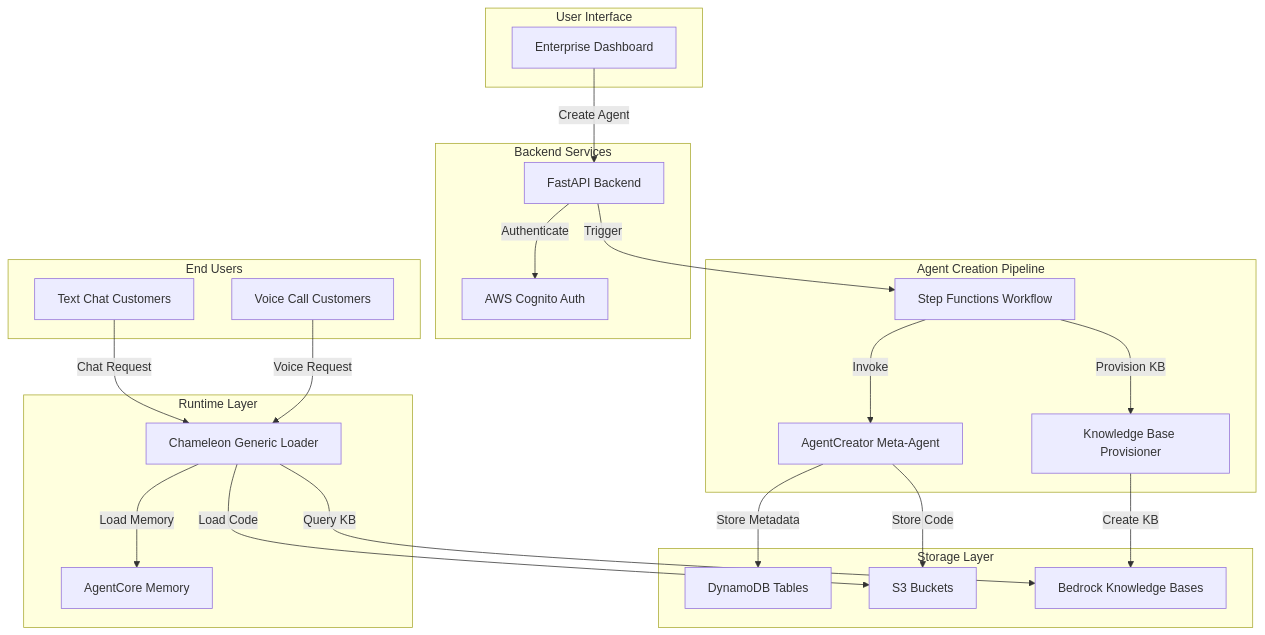
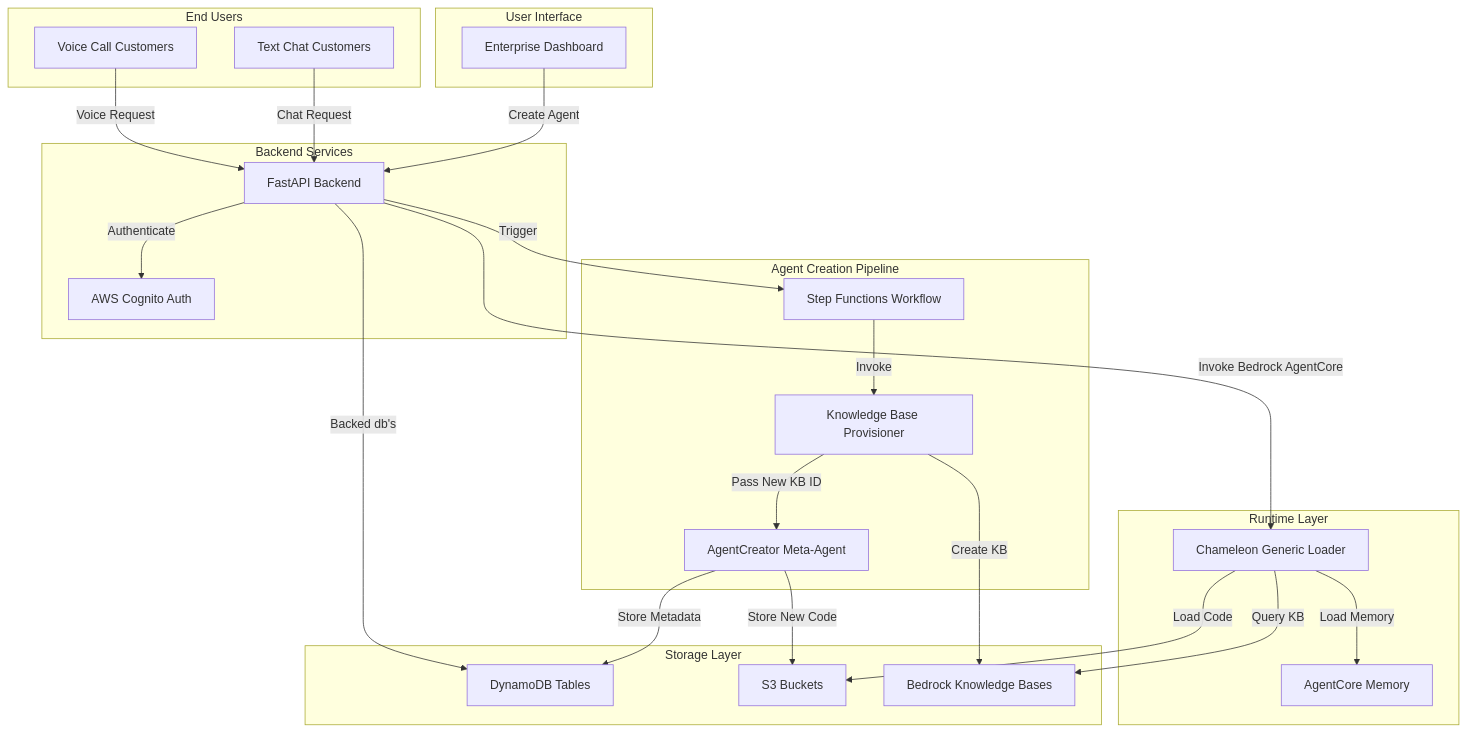
One commit to chandra447/Oratio changed the first of 8 diagrams in README.md. Above: the diagram before and after it, drawn with Mermaid.

Commit message:
fix(docs): correct agent creation pipeline flow and improve clarity in README

````diff
--- a/README.md
+++ b/README.md
@@ -52,48 +52,50 @@
 ```mermaid
 graph TB
     subgraph "User Interface"
         A[Enterprise Dashboard]
     end
     
     subgraph "Backend Services"
         B[FastAPI Backend]
         C[AWS Cognito Auth]
     end
     
-    subgraph "Agent Creation Pipeline"
+    subgraph "Agent Creation Pipeline "
         D[Step Functions Workflow]
         E[AgentCreator Meta-Agent]
         F[Knowledge Base Provisioner]
     end
     
     subgraph "Storage Layer"
         G[DynamoDB Tables]
         H[S3 Buckets]
         I[Bedrock Knowledge Bases]
     end
     
     subgraph "Runtime Layer"
         J[Chameleon Generic Loader]
         K[AgentCore Memory]
     end
     
     subgraph "End Users"
         L[Text Chat Customers]
         M[Voice Call Customers]
     end
     
     A -->|Create Agent| B
     B -->|Authenticate| C
     B -->|Trigger| D
-    D -->|Invoke| E
-    D -->|Provision KB| F
-    E -->|Store Code| H
+    D -->|Invoke| F
+    F -->|Pass New KB ID| E
+    E -->|Store New Code| H
     E -->|Store Metadata| G
     F -->|Create KB| I
     
-    L -->|Chat Request| J
-    M -->|Voice Request| J
+    L -->|Chat Request| B
+    M -->|Voice Request| B
+    B -->|Invoke Bedrock AgentCore| J
     J -->|Load Code| H
     J -->|Load Memory| K
     J -->|Query KB| I
+    B --> |Backed db's| G
 ```
````
